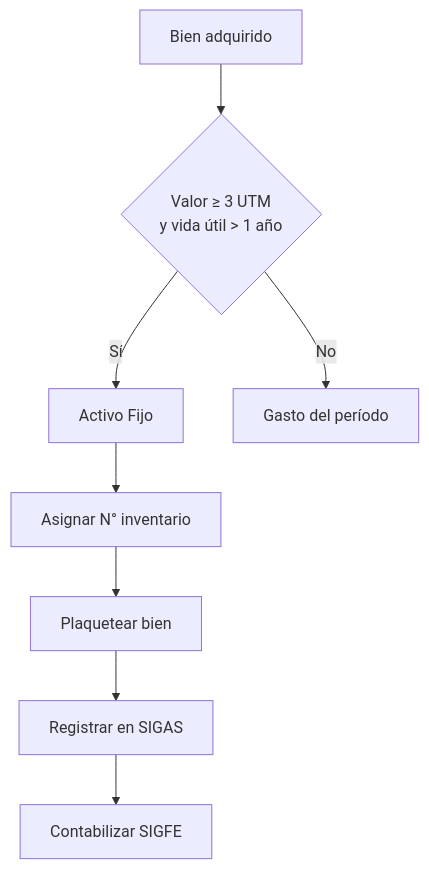
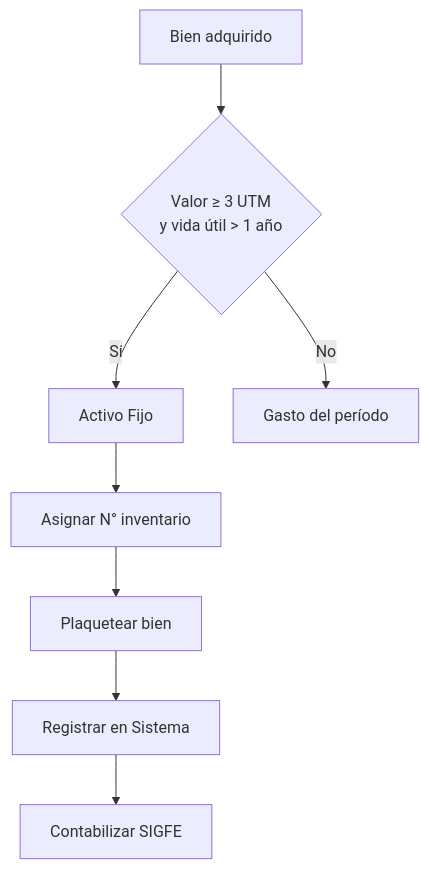
The eighth of 26 diagrams in docs/blueprint/domains/domain_d-back.md (felix-antonio-sl/gore_os), drawn with Mermaid before and after one commit. The commit also changed other lines of this file and 26 other files, not shown here.

````diff
--- a/docs/blueprint/domains/domain_d-back.md
+++ b/docs/blueprint/domains/domain_d-back.md
@@ -313,10 +328,10 @@
 ```mermaid
 flowchart TD
     A["Bien adquirido"] --> B{"Valor ≥ 3 UTM<br/>y vida útil > 1 año"}
     B -->|"Sí"| C["Activo Fijo"]
     B -->|"No"| D["Gasto del período"]
     C --> E["Asignar N° inventario"]
     E --> F["Plaquetear bien"]
-    F --> G["Registrar en SIGAS"]
+    F --> G["Registrar en Sistema"]
     G --> H["Contabilizar SIGFE"]
 ```
````
